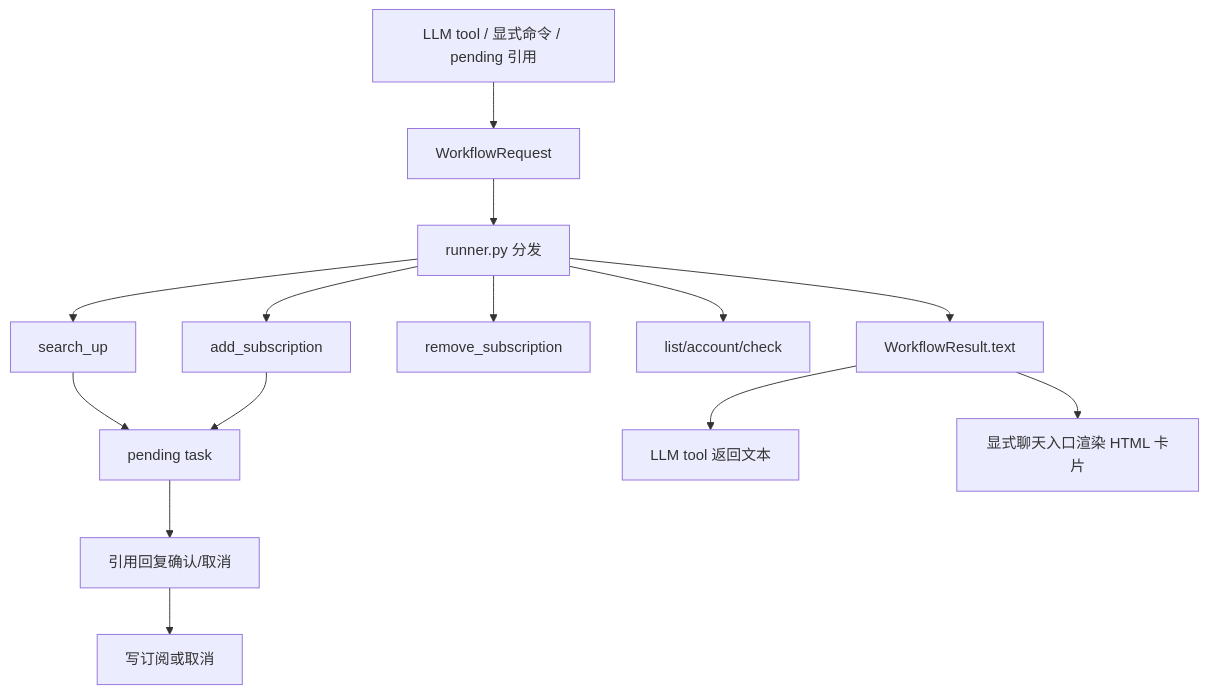
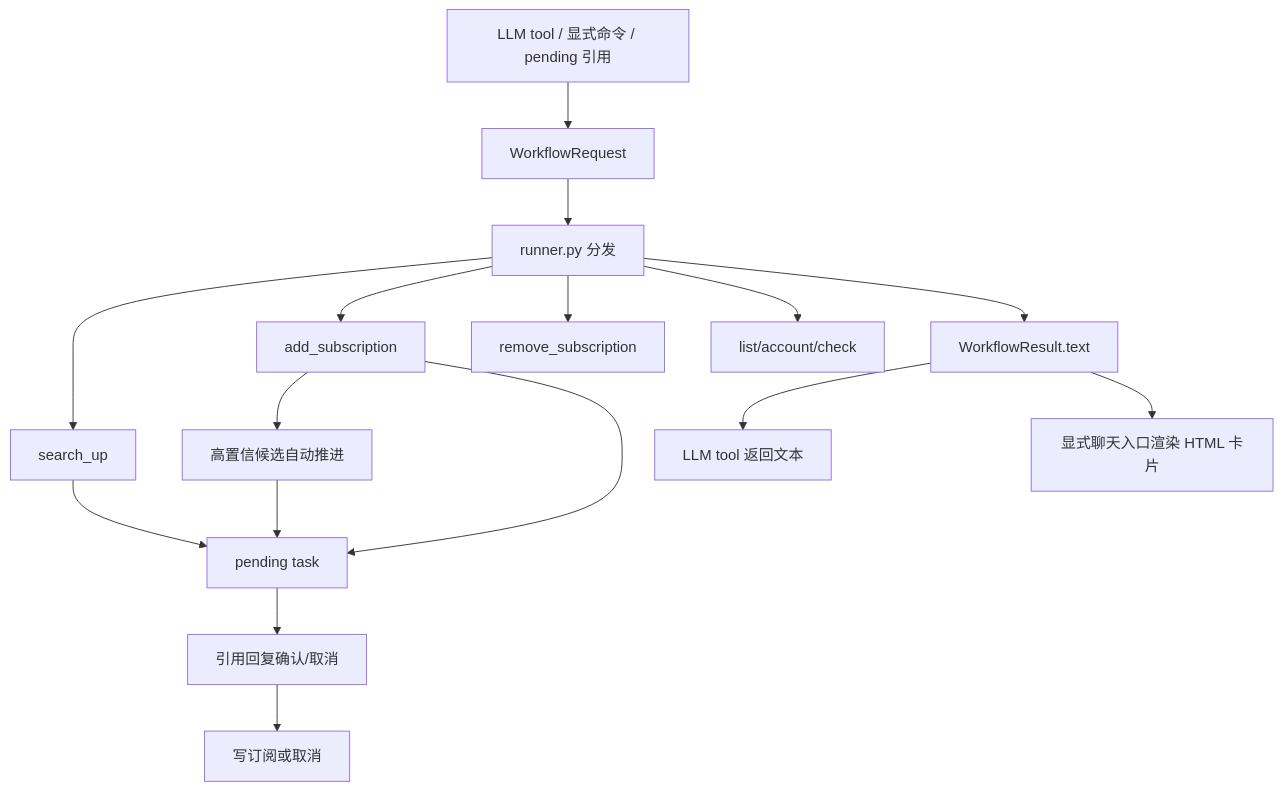
The diagram in workflows/workflows.md (memoriass/astrbot_plugin_bilibili_push), drawn with Mermaid before and after one commit. The commit also changed other lines of this file and 6 other files, not shown here.

Commit message:
clean architecture docs and stale artifacts

````diff
--- a/workflows/workflows.md
+++ b/workflows/workflows.md
@@ -52,16 +52,18 @@
 ```mermaid
 flowchart TD
     Entry["LLM tool / 显式命令 / pending 引用"] --> Request["WorkflowRequest"]
     Request --> Runner["runner.py 分发"]
     Runner --> Search["search_up"]
     Runner --> Add["add_subscription"]
     Runner --> Remove["remove_subscription"]
     Runner --> Manage["list/account/check"]
     Search --> Pending["pending task"]
+    Add --> Select["高置信候选自动推进"]
+    Select --> Pending
     Add --> Pending
     Pending --> Confirm["引用回复确认/取消"]
     Confirm --> Write["写订阅或取消"]
     Runner --> Result["WorkflowResult.text"]
     Result --> ToolText["LLM tool 返回文本"]
     Result --> Cards["显式聊天入口渲染 HTML 卡片"]
 ```
````
